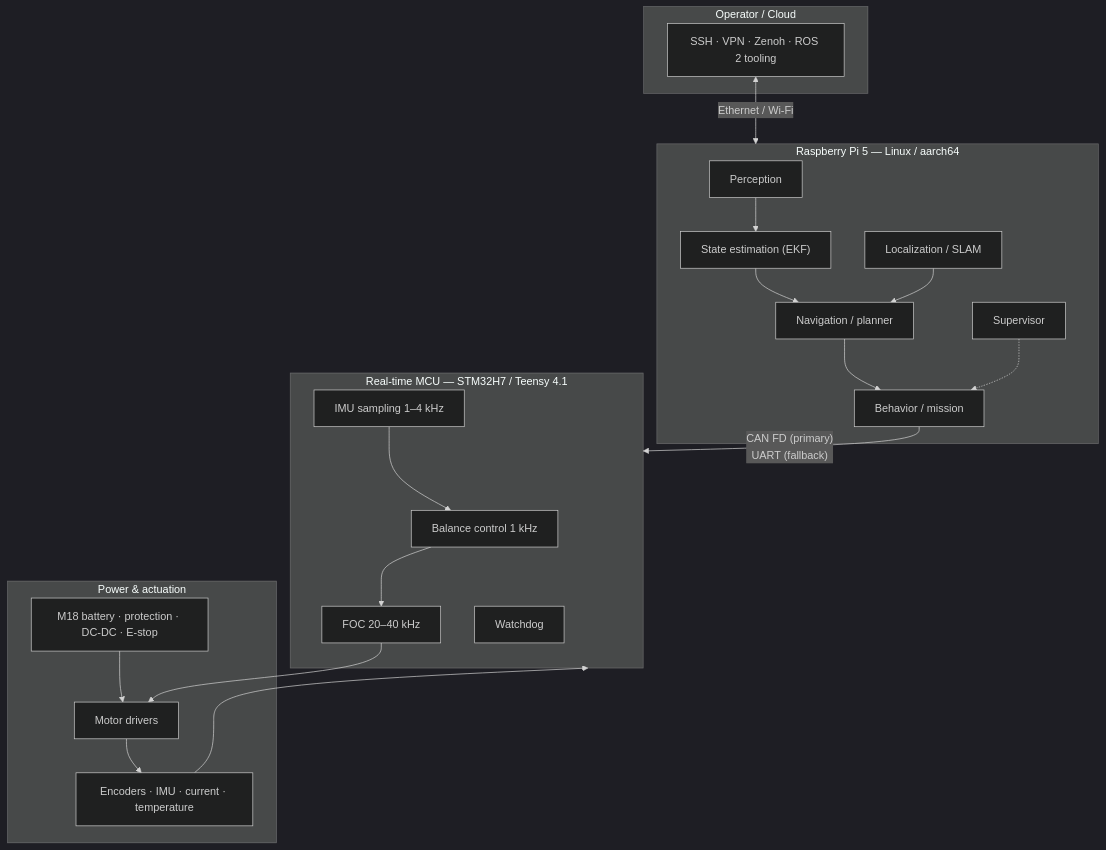
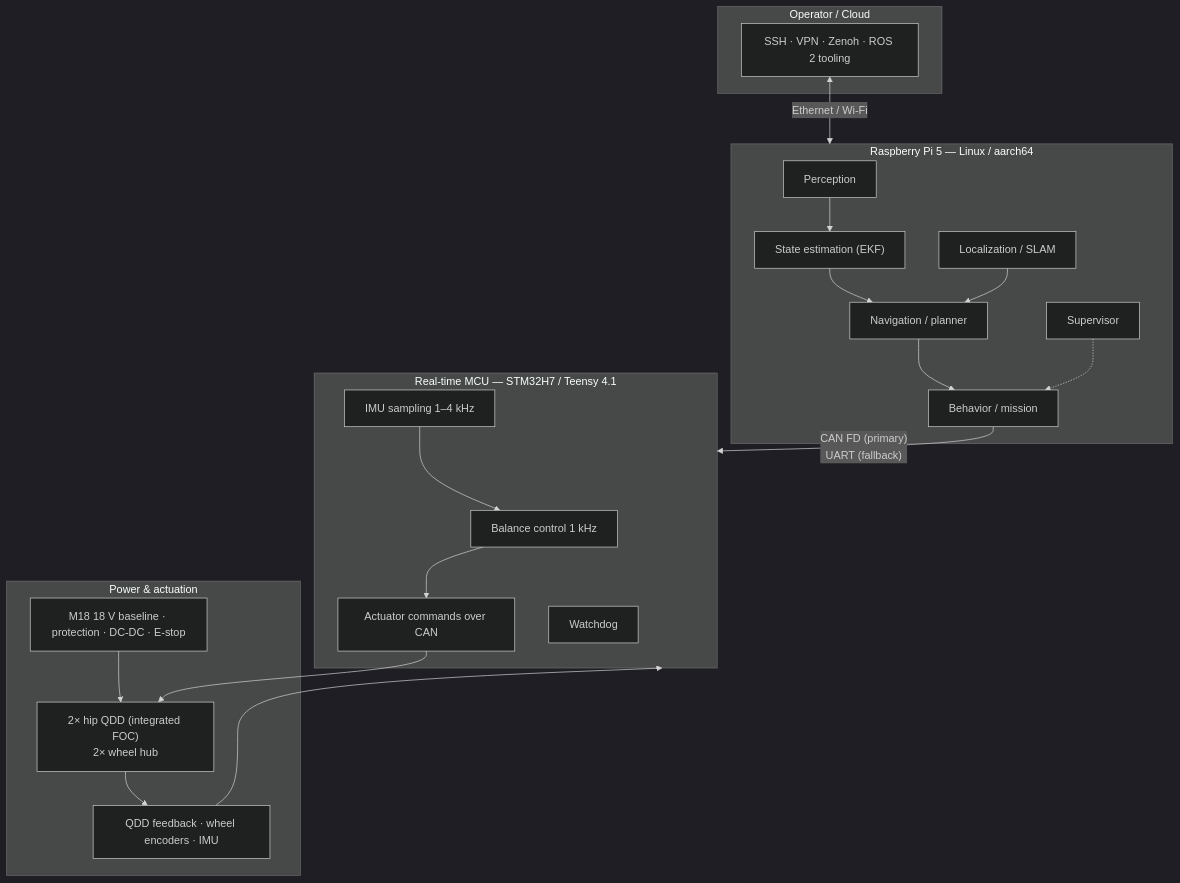
Before and after one commit to fobaty/jbot: the diagram in README.md, drawn with Mermaid (dark theme). The commit also changed other lines of this file and 6 other files, not shown here.

Commit message:
Document four-bar leg and four-actuator architecture

````diff
--- a/README.md
+++ b/README.md
@@ -49,37 +95,37 @@
 ```mermaid
 flowchart TB
     subgraph Cloud["Operator / Cloud"]
         SSH["SSH · VPN · Zenoh · ROS 2 tooling"]
     end
 
     subgraph RPi["Raspberry Pi 5 — Linux / aarch64"]
         PER["Perception"]
         EST["State estimation (EKF)"]
         SLAM["Localization / SLAM"]
         NAV["Navigation / planner"]
         BEH["Behavior / mission"]
         SUP["Supervisor"]
     end
 
     subgraph MCU["Real-time MCU — STM32H7 / Teensy 4.1"]
         BAL["Balance control 1 kHz"]
-        FOC["FOC 20–40 kHz"]
+        ACT["Actuator commands over CAN"]
         IMU["IMU sampling 1–4 kHz"]
         WD["Watchdog"]
     end
 
     subgraph HW["Power & actuation"]
-        MOT["Motor drivers"]
-        SEN["Encoders · IMU · current · temperature"]
-        PWR["M18 battery · protection · DC-DC · E-stop"]
+        MOT["2× hip QDD (integrated FOC)<br/>2× wheel hub"]
+        SEN["QDD feedback · wheel encoders · IMU"]
+        PWR["M18 18 V baseline · protection · DC-DC · E-stop"]
     end
 
     SSH <-->|"Ethernet / Wi-Fi"| RPi
     PER --> EST --> NAV
     SLAM --> NAV --> BEH
     BEH -->|"CAN FD (primary)\nUART (fallback)"| MCU
     SUP -.-> BEH
-    IMU --> BAL --> FOC
-    FOC --> MOT --> SEN --> MCU
+    IMU --> BAL --> ACT
+    ACT --> MOT --> SEN --> MCU
     PWR --> MOT
 ```
````
